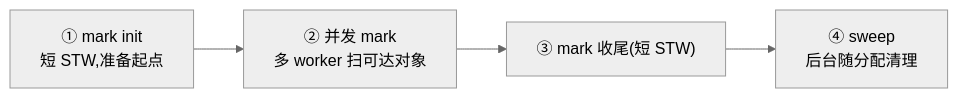
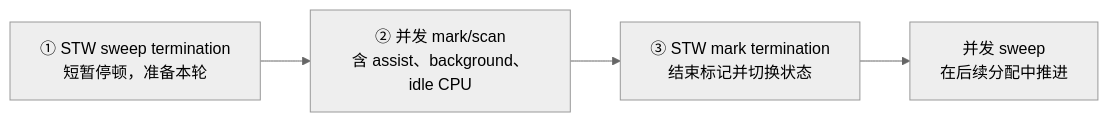
Before and after one commit to MoreConsequence/MoreConsequence.github.io: the diagram in content/posts/go-gc-gctrace-account.md, drawn with Mermaid (neutral theme). The commit also changed other lines of this file and 2626 other files, not shown here.

````diff
--- a/content/posts/go-gc-gctrace-account.md
+++ b/content/posts/go-gc-gctrace-account.md
@@ -22,6 +22,6 @@
 ```mermaid
 flowchart LR
-    M["① mark init<br/>短 STW,准备起点"] --> S["② 并发 mark<br/>多 worker 扫可达对象"]
-    S --> E["③ mark 收尾(短 STW)"]
-    E --> W["④ sweep<br/>后台随分配清理"]
+    S["① STW sweep termination<br/>短暂停顿，准备本轮"] --> M["② 并发 mark/scan<br/>含 assist、background、idle CPU"]
+    M --> E["③ STW mark termination<br/>结束标记并切换状态"]
+    E --> W["并发 sweep<br/>在后续分配中推进"]
 ```
````
